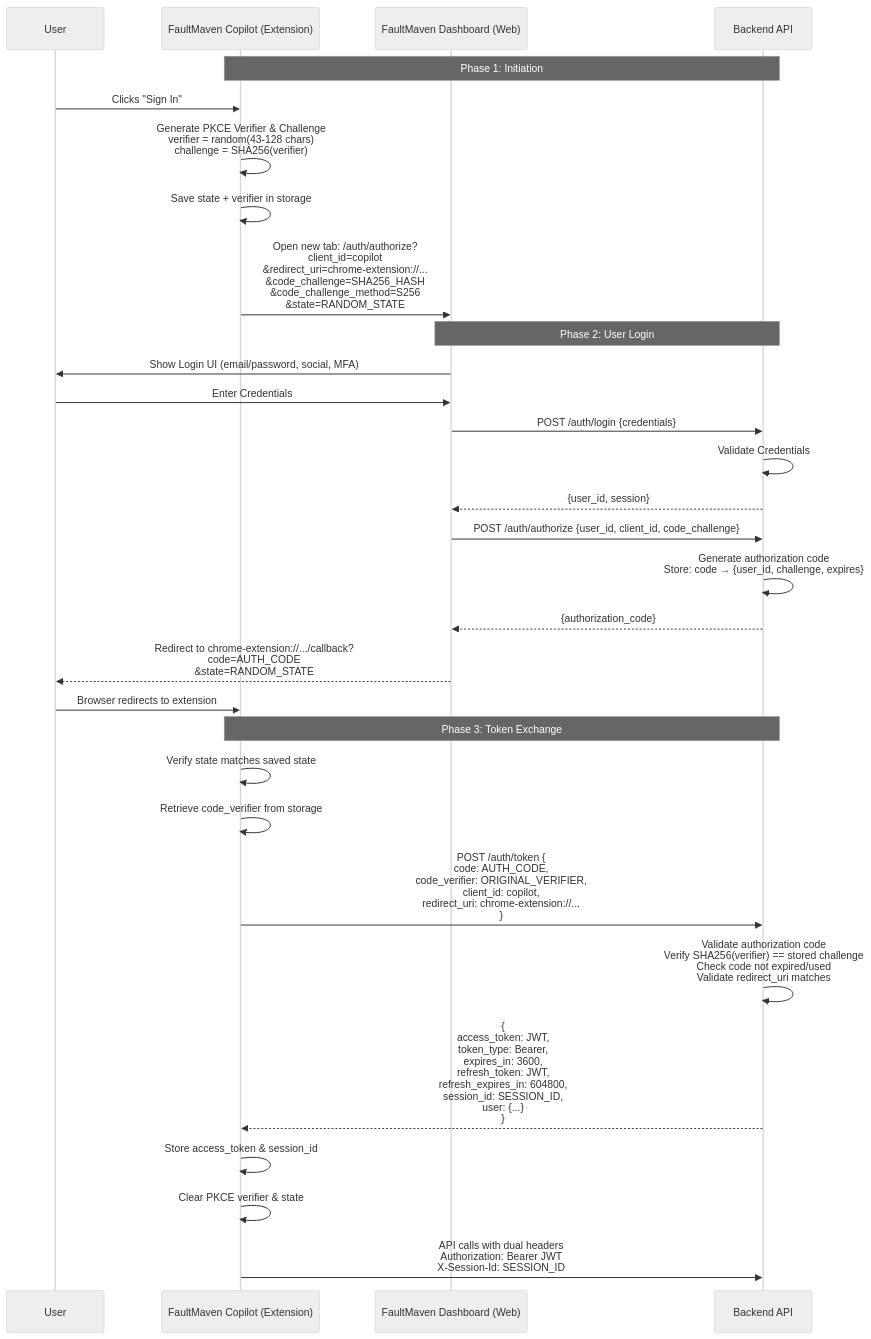
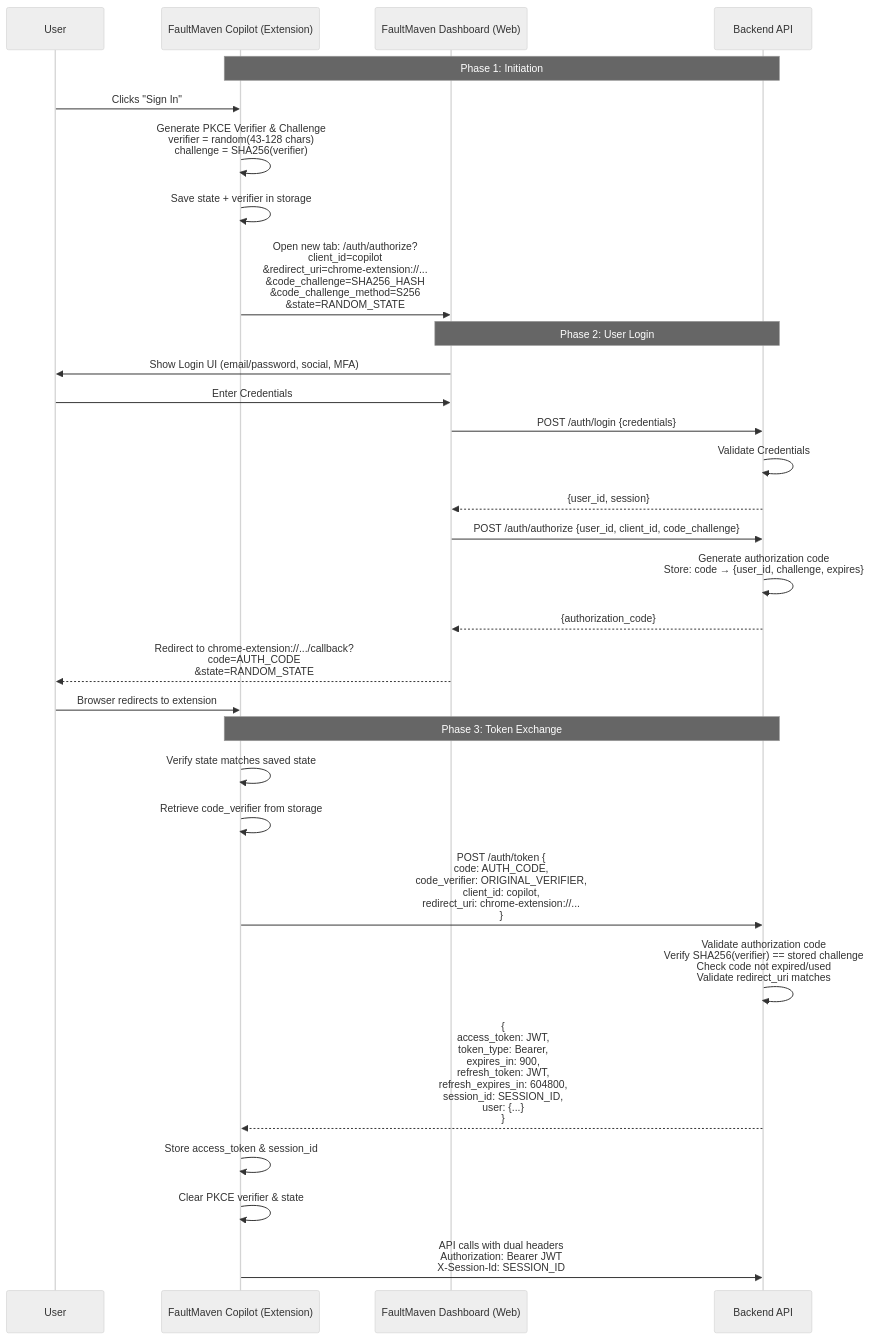
One commit to FaultMaven/faultmaven changed the diagram in docs/architecture/security/iam-design.md. Above: the diagram before and after it, drawn with Mermaid (neutral theme). The commit also changed other lines of this file and 7 other files, not shown here.

````diff
--- a/docs/architecture/security/iam-design.md
+++ b/docs/architecture/security/iam-design.md
@@ -429,35 +447,35 @@
 ```mermaid
 sequenceDiagram
     participant User
     participant Ext as FaultMaven Copilot (Extension)
     participant Dash as FaultMaven Dashboard (Web)
     participant API as Backend API
 
     Note over Ext, API: Phase 1: Initiation
     User->>Ext: Clicks "Sign In"
     Ext->>Ext: Generate PKCE Verifier & Challenge<br/>verifier = random(43-128 chars)<br/>challenge = SHA256(verifier)
     Ext->>Ext: Save state + verifier in storage
     Ext->>Dash: Open new tab: /auth/authorize?<br/>client_id=copilot<br/>&redirect_uri=chrome-extension://...<br/>&code_challenge=SHA256_HASH<br/>&code_challenge_method=S256<br/>&state=RANDOM_STATE
 
     Note over Dash, API: Phase 2: User Login
     Dash->>User: Show Login UI (email/password, social, MFA)
     User->>Dash: Enter Credentials
     Dash->>API: POST /auth/login {credentials}
     API->>API: Validate Credentials
     API-->>Dash: {user_id, session}
     Dash->>API: POST /auth/authorize {user_id, client_id, code_challenge}
     API->>API: Generate authorization code<br/>Store: code → {user_id, challenge, expires}
     API-->>Dash: {authorization_code}
     Dash-->>User: Redirect to chrome-extension://.../callback?<br/>code=AUTH_CODE<br/>&state=RANDOM_STATE
     User->>Ext: Browser redirects to extension
 
     Note over Ext, API: Phase 3: Token Exchange
     Ext->>Ext: Verify state matches saved state
     Ext->>Ext: Retrieve code_verifier from storage
     Ext->>API: POST /auth/token {<br/>code: AUTH_CODE,<br/>code_verifier: ORIGINAL_VERIFIER,<br/>client_id: copilot,<br/>redirect_uri: chrome-extension://...<br/>}
     API->>API: Validate authorization code<br/>Verify SHA256(verifier) == stored challenge<br/>Check code not expired/used<br/>Validate redirect_uri matches
-    API-->>Ext: {<br/>access_token: JWT,<br/>token_type: Bearer,<br/>expires_in: 3600,<br/>refresh_token: JWT,<br/>refresh_expires_in: 604800,<br/>session_id: SESSION_ID,<br/>user: {...}<br/>}
+    API-->>Ext: {<br/>access_token: JWT,<br/>token_type: Bearer,<br/>expires_in: 900,<br/>refresh_token: JWT,<br/>refresh_expires_in: 604800,<br/>session_id: SESSION_ID,<br/>user: {...}<br/>}
     Ext->>Ext: Store access_token & session_id
     Ext->>Ext: Clear PKCE verifier & state
     Ext->>API: API calls with dual headers<br/>Authorization: Bearer JWT<br/>X-Session-Id: SESSION_ID
 ```
````
